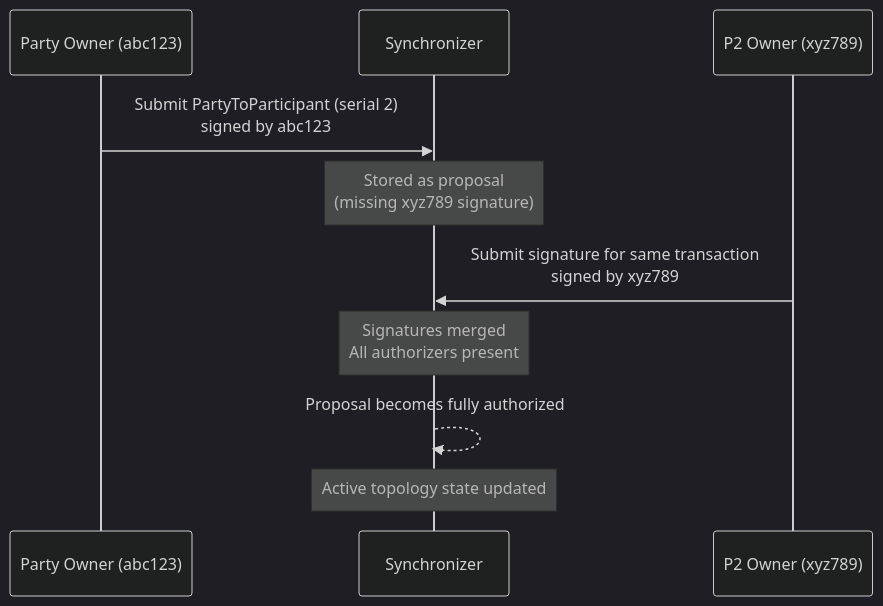
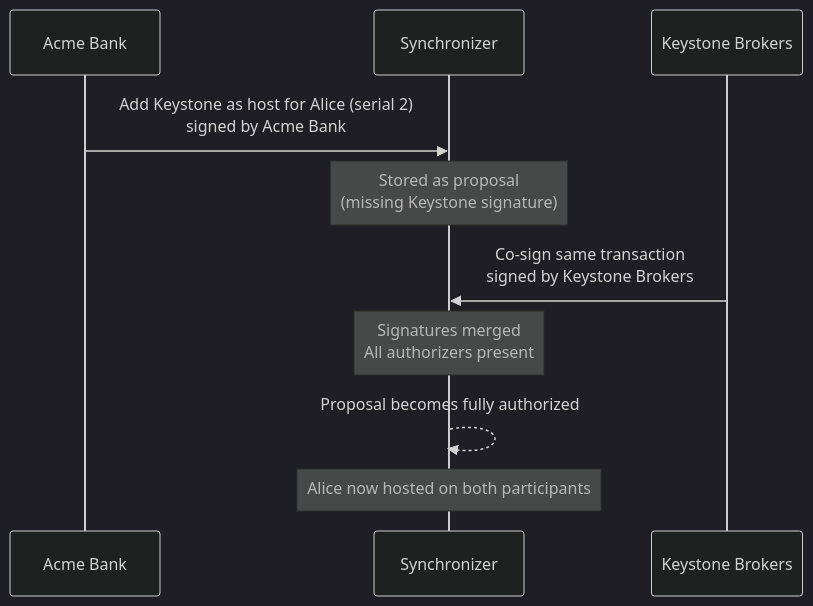
One commit to crisog/daml changed the second of 3 diagrams in docs/content/docs/canton-network/topology-management.mdx. Above: the diagram before and after it, drawn with Mermaid (dark theme). The commit also changed other lines of this file, not shown here.

Commit message:
docs: enhance topology management documentation

````diff
--- a/docs/content/docs/canton-network/topology-management.mdx
+++ b/docs/content/docs/canton-network/topology-management.mdx
@@ -171,13 +158,13 @@
 ```mermaid
 sequenceDiagram
-    participant PartyOwner as Party Owner (abc123)
+    participant AB as Acme Bank
     participant Sync as Synchronizer
-    participant P2Owner as P2 Owner (xyz789)
+    participant KB as Keystone Brokers
 
-    PartyOwner->>Sync: Submit PartyToParticipant (serial 2)<br/>signed by abc123
-    Note over Sync: Stored as proposal<br/>(missing xyz789 signature)
-    P2Owner->>Sync: Submit signature for same transaction<br/>signed by xyz789
+    AB->>Sync: Add Keystone as host for Alice (serial 2)<br/>signed by Acme Bank
+    Note over Sync: Stored as proposal<br/>(missing Keystone signature)
+    KB->>Sync: Co-sign same transaction<br/>signed by Keystone Brokers
     Note over Sync: Signatures merged<br/>All authorizers present
     Sync-->>Sync: Proposal becomes fully authorized
-    Note over Sync: Active topology state updated
+    Note over Sync: Alice now hosted on both participants
 ```
````
